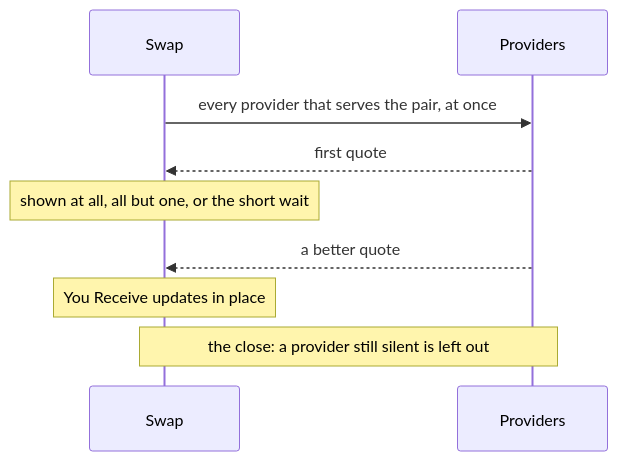
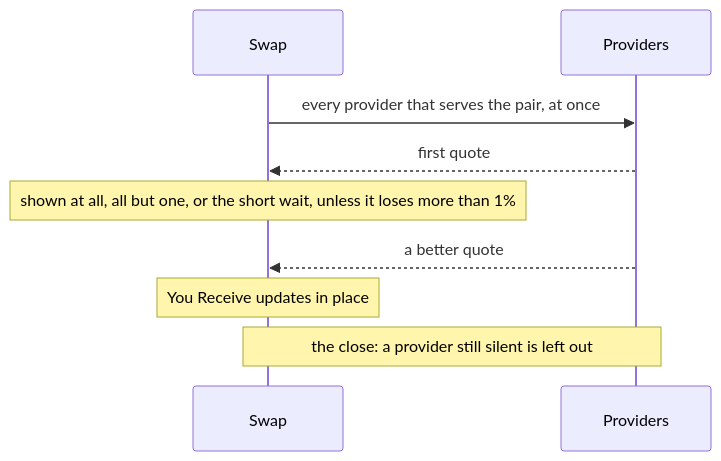
One commit to gemwalletcom/wallet changed the third of 5 diagrams in docs/product/swap.md. Above: the diagram before and after it, drawn with Mermaid. The commit also changed other lines of this file and 87 other files, not shown here.

First line of the commit message:
Swap: hold quotes that lose more than 1% and tune the round in one config

````diff
--- a/docs/product/swap.md
+++ b/docs/product/swap.md
@@ -51,11 +53,11 @@
 ```mermaid
 sequenceDiagram
     participant S as Swap
     participant P as Providers
     S->>P: every provider that serves the pair, at once
     P-->>S: first quote
-    Note over S: shown at all, all but one, or the short wait
+    Note over S: shown at all, all but one, or the short wait, unless it loses more than 1%
     P-->>S: a better quote
     Note over S: You Receive updates in place
     Note over S,P: the close: a provider still silent is left out
 ```
````
